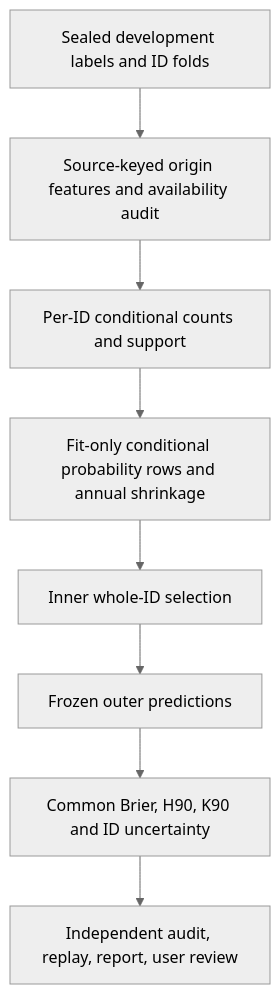
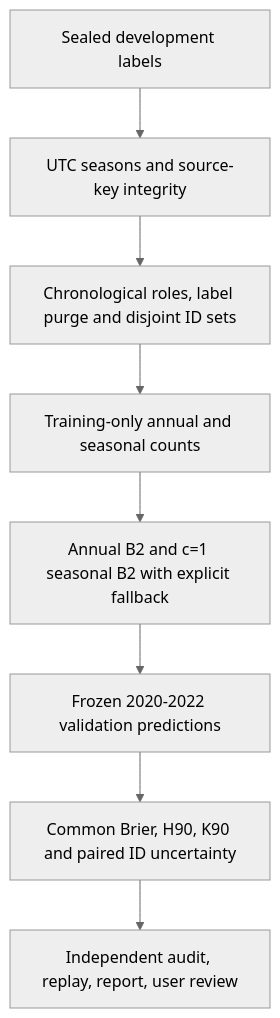
Before and after one commit to moonedgethug/DATA3001: the diagram in docs/time_environment_s4_architecture.md, drawn with Mermaid (neutral theme). The commit also changed other lines of this file and 3575 other files, not shown here.

````diff
--- a/docs/time_environment_s4_architecture.md
+++ b/docs/time_environment_s4_architecture.md
@@ -63,10 +67,10 @@
 ```mermaid
 flowchart TD
-    A[Sealed development labels and ID folds] --> B[Source-keyed origin features and availability audit]
-    B --> C[Per-ID conditional counts and support]
-    C --> D[Fit-only conditional probability rows and annual shrinkage]
-    D --> E[Inner whole-ID selection]
-    E --> F[Frozen outer predictions]
-    F --> G[Common Brier, H90, K90 and ID uncertainty]
+    A[Sealed development labels] --> B[UTC seasons and source-key integrity]
+    B --> C[Chronological roles, label purge and disjoint ID sets]
+    C --> D[Training-only annual and seasonal counts]
+    D --> E[Annual B2 and c=1 seasonal B2 with explicit fallback]
+    E --> F[Frozen 2020-2022 validation predictions]
+    F --> G[Common Brier, H90, K90 and paired ID uncertainty]
     G --> H[Independent audit, replay, report, user review]
 ```
````
